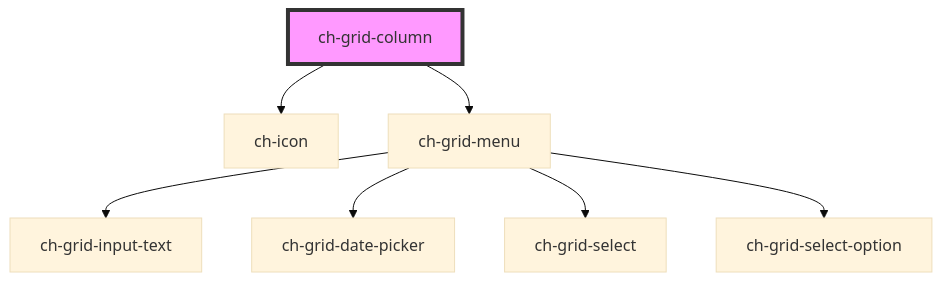
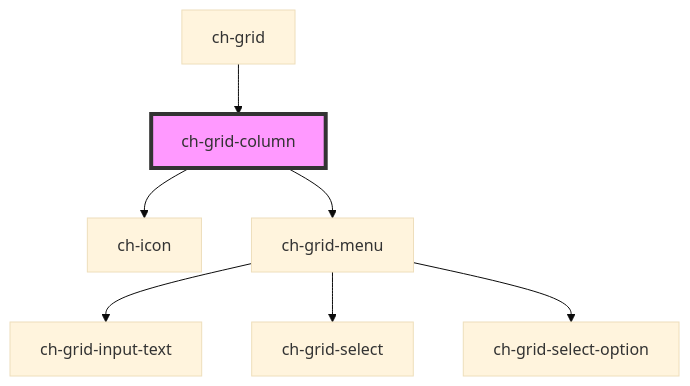
The diagram in src/components/grid-column/readme.md (genexuslabs/chameleon-controls-library), drawn with Mermaid (base theme) before and after one commit. The commit also changed other lines of this file and 27 other files, not shown here.

````diff
--- a/src/components/grid-column/readme.md
+++ b/src/components/grid-column/readme.md
@@ -27,10 +31,10 @@
 ```mermaid
 graph TD;
   ch-grid-column --> ch-icon
   ch-grid-column --> ch-grid-menu
   ch-grid-menu --> ch-grid-input-text
-  ch-grid-menu --> ch-grid-date-picker
   ch-grid-menu --> ch-grid-select
   ch-grid-menu --> ch-grid-select-option
+  ch-grid --> ch-grid-column
   style ch-grid-column fill:#f9f,stroke:#333,stroke-width:4px
 ```
````
